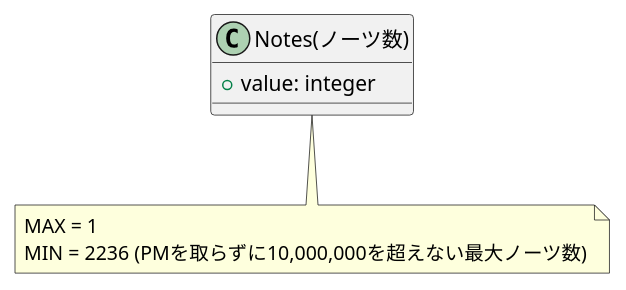
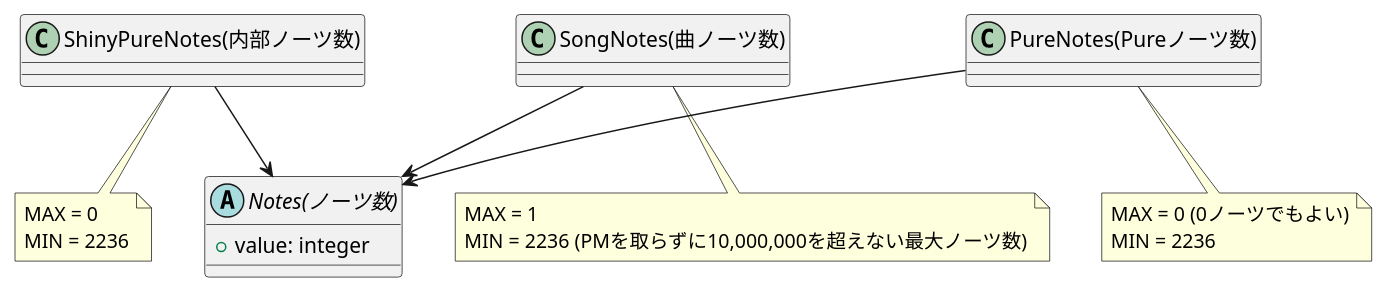
The diagram in src/domain/models/song/difficultyData/notes/notes.pu (takenoko9973/arcaea-sheet-gas), drawn with PlantUML before and after one commit. The commit also changed 8 other files, not shown here.

```diff
--- a/src/domain/models/song/difficultyData/notes/notes.pu
+++ b/src/domain/models/song/difficultyData/notes/notes.pu
@@ -1,13 +1,36 @@
 @startuml Notes
 
-class "Notes(ノーツ数)" as Notes {
+abstract class "Notes(ノーツ数)" as Notes {
     + value: integer
 }
 
+class "SongNotes(曲ノーツ数)" as SongNotes {
+}
 
-note bottom of Notes
+class "PureNotes(Pureノーツ数)" as PureNotes {
+}
+
+class "ShinyPureNotes(内部ノーツ数)" as ShinyPureNotes {
+}
+
+
+Notes <-up- SongNotes
+Notes <-up- ShinyPureNotes
+Notes <-up- PureNotes
+
+note bottom of SongNotes
     MAX = 1
     MIN = 2236 (PMを取らずに10,000,000を超えない最大ノーツ数)
 end note
 
+note bottom of PureNotes
+    MAX = 0 (0ノーツでもよい)
+    MIN = 2236
+end note
+
+note bottom of ShinyPureNotes
+    MAX = 0
+    MIN = 2236
+end note
+
 @enduml
```
